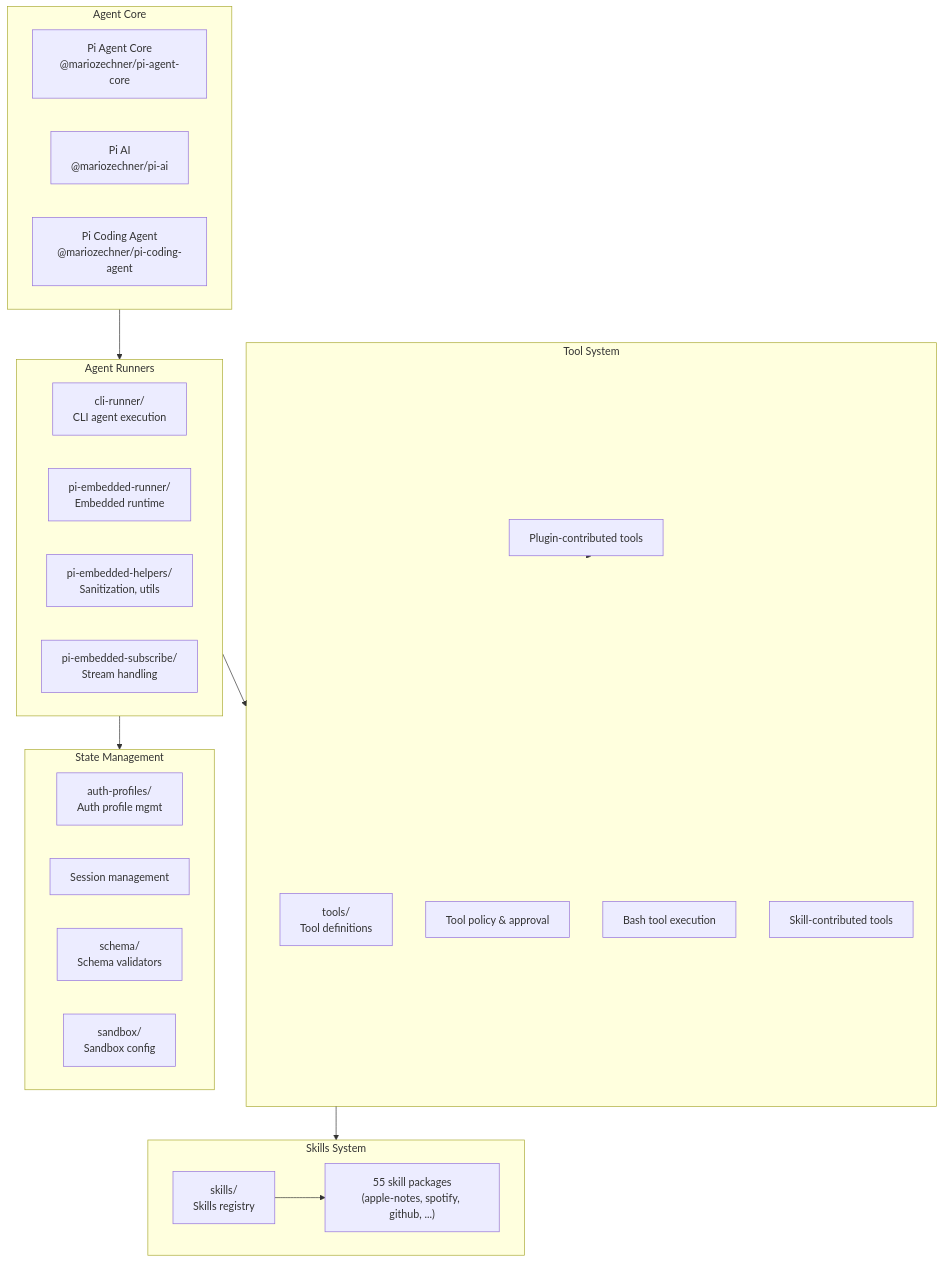
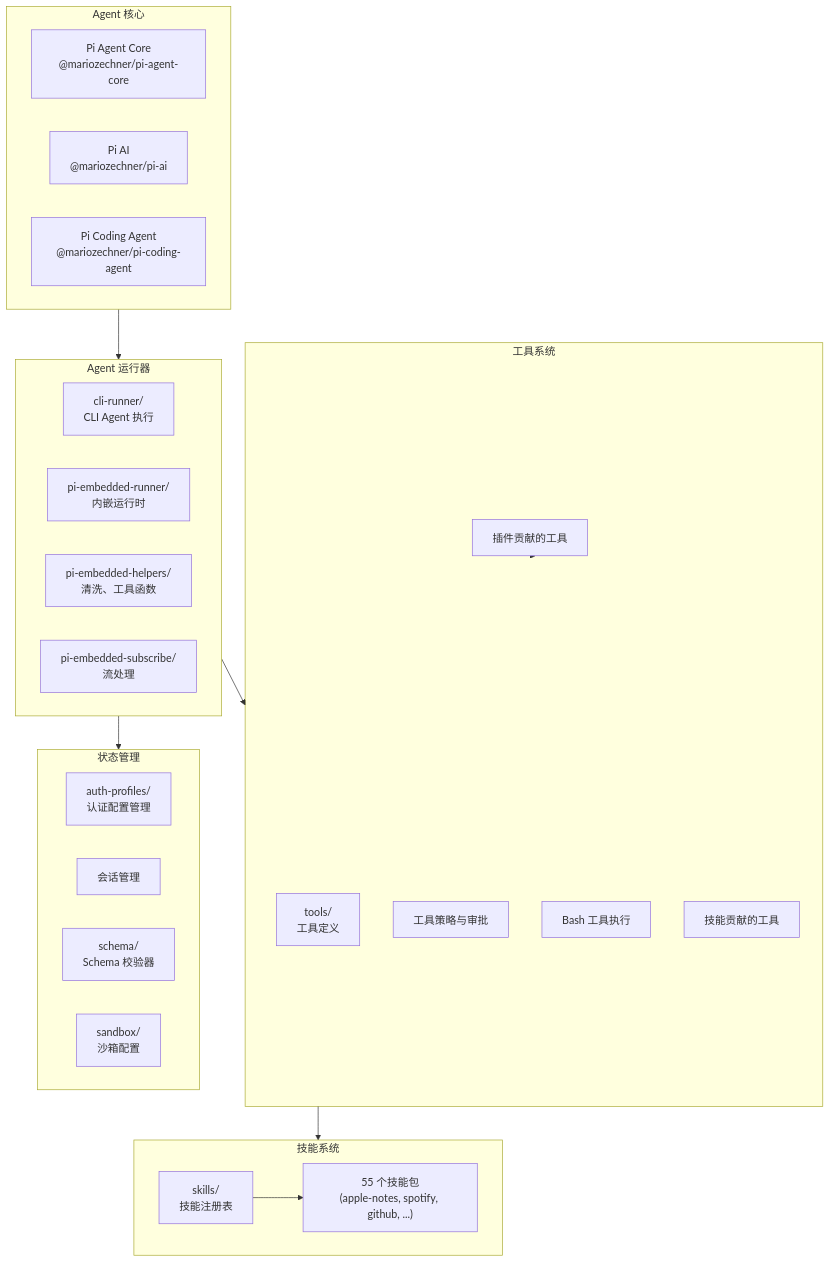
The sixth of 15 diagrams in docs/reference/architecture.md (dqaria/openclaw), drawn with Mermaid before and after one commit. The commit also changed other lines of this file, not shown here.

First line of the commit message:
docs: rewrite architecture documentation in Chinese

````diff
--- a/docs/reference/architecture.md
+++ b/docs/reference/architecture.md
@@ -318,42 +318,42 @@
 ```mermaid
 graph TB
-    subgraph Core["Agent Core"]
-        PI[Pi Agent Core<br/>@mariozechner/pi-agent-core]
-        PI_AI[Pi AI<br/>@mariozechner/pi-ai]
-        PI_CODING[Pi Coding Agent<br/>@mariozechner/pi-coding-agent]
+    subgraph Core["Agent 核心"]
+        PI["Pi Agent Core<br/>@mariozechner/pi-agent-core"]
+        PI_AI["Pi AI<br/>@mariozechner/pi-ai"]
+        PI_CODING["Pi Coding Agent<br/>@mariozechner/pi-coding-agent"]
     end
 
-    subgraph Runners["Agent Runners"]
-        CLI_RUN[cli-runner/<br/>CLI agent execution]
-        EMBED_RUN[pi-embedded-runner/<br/>Embedded runtime]
-        EMBED_HELP[pi-embedded-helpers/<br/>Sanitization, utils]
-        EMBED_SUB[pi-embedded-subscribe/<br/>Stream handling]
+    subgraph Runners["Agent 运行器"]
+        CLI_RUN["cli-runner/<br/>CLI Agent 执行"]
+        EMBED_RUN["pi-embedded-runner/<br/>内嵌运行时"]
+        EMBED_HELP["pi-embedded-helpers/<br/>清洗、工具函数"]
+        EMBED_SUB["pi-embedded-subscribe/<br/>流处理"]
     end
 
-    subgraph ToolSystem["Tool System"]
-        TOOL_REG[tools/<br/>Tool definitions]
-        TOOL_POLICY[Tool policy & approval]
-        BASH_TOOL[Bash tool execution]
-        SKILL_TOOLS[Skill-contributed tools]
-        PLUGIN_TOOLS[Plugin-contributed tools]
+    subgraph ToolSystem["工具系统"]
+        TOOL_REG["tools/<br/>工具定义"]
+        TOOL_POLICY["工具策略与审批"]
+        BASH_TOOL[Bash 工具执行]
+        SKILL_TOOLS[技能贡献的工具]
+        PLUGIN_TOOLS[插件贡献的工具]
     end
 
-    subgraph State["State Management"]
-        AUTH_PROF[auth-profiles/<br/>Auth profile mgmt]
-        SESSIONS_MGR[Session management]
-        SCHEMA_VAL[schema/<br/>Schema validators]
-        SANDBOX_ENV[sandbox/<br/>Sandbox config]
+    subgraph State["状态管理"]
+        AUTH_PROF["auth-profiles/<br/>认证配置管理"]
+        SESSIONS_MGR[会话管理]
+        SCHEMA_VAL["schema/<br/>Schema 校验器"]
+        SANDBOX_ENV["sandbox/<br/>沙箱配置"]
     end
 
-    subgraph Skills["Skills System"]
-        SKILL_REG[skills/<br/>Skills registry]
-        SKILL_55["55 skill packages<br/>(apple-notes, spotify, github, ...)"]
+    subgraph Skills["技能系统"]
+        SKILL_REG["skills/<br/>技能注册表"]
+        SKILL_55["55 个技能包<br/>(apple-notes, spotify, github, ...)"]
     end
 
     Core --> Runners
     Runners --> ToolSystem
     Runners --> State
     ToolSystem --> Skills
     SKILL_REG --> SKILL_55
     PLUGIN_TOOLS --> ToolSystem
 ```
````
